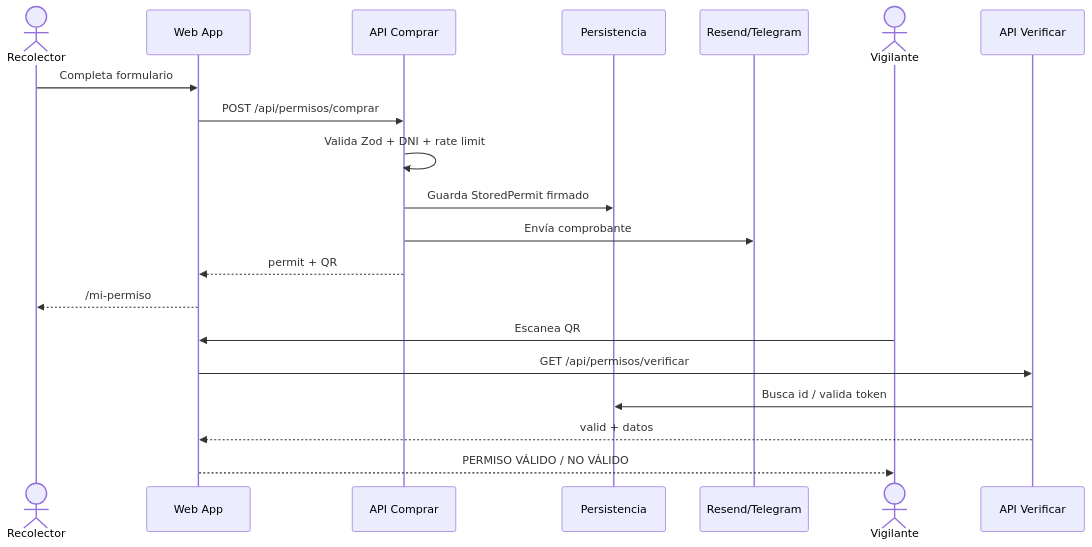
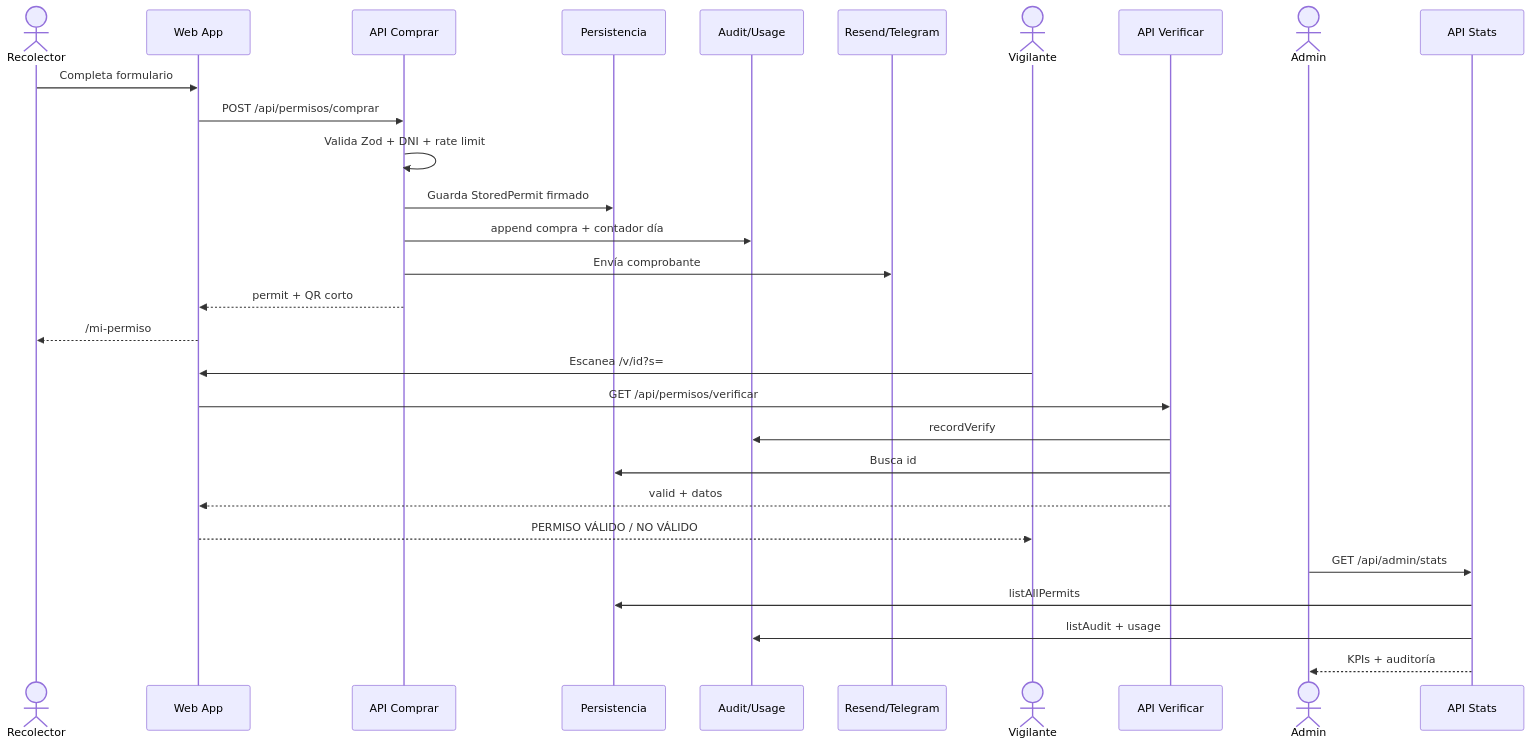
The fifth of 8 diagrams in docs/uml.md (gracobjo/cotoSetas), drawn with Mermaid before and after one commit. The commit also changed other lines of this file and 18 other files, not shown here.

Commit message:
Añade dashboard de KPIs/auditoría y documenta el sistema v1.2.

````diff
--- a/docs/uml.md
+++ b/docs/uml.md
@@ -201,24 +257,34 @@
 ```mermaid
 sequenceDiagram
   actor U as Recolector
   participant Web as Web App
   participant API as API Comprar
   participant Store as Persistencia
+  participant Audit as Audit/Usage
   participant Mail as Resend/Telegram
   actor Vig as Vigilante
   participant Ver as API Verificar
+  actor Ad as Admin
+  participant Stats as API Stats
 
   U->>Web: Completa formulario
   Web->>API: POST /api/permisos/comprar
   API->>API: Valida Zod + DNI + rate limit
   API->>Store: Guarda StoredPermit firmado
+  API->>Audit: append compra + contador día
   API->>Mail: Envía comprobante
-  API-->>Web: permit + QR
+  API-->>Web: permit + QR corto
   Web-->>U: /mi-permiso
 
-  Vig->>Web: Escanea QR
+  Vig->>Web: Escanea /v/id?s=
   Web->>Ver: GET /api/permisos/verificar
-  Ver->>Store: Busca id / valida token
+  Ver->>Audit: recordVerify
+  Ver->>Store: Busca id
   Ver-->>Web: valid + datos
   Web-->>Vig: PERMISO VÁLIDO / NO VÁLIDO
+
+  Ad->>Stats: GET /api/admin/stats
+  Stats->>Store: listAllPermits
+  Stats->>Audit: listAudit + usage
+  Stats-->>Ad: KPIs + auditoría
 ```
````
